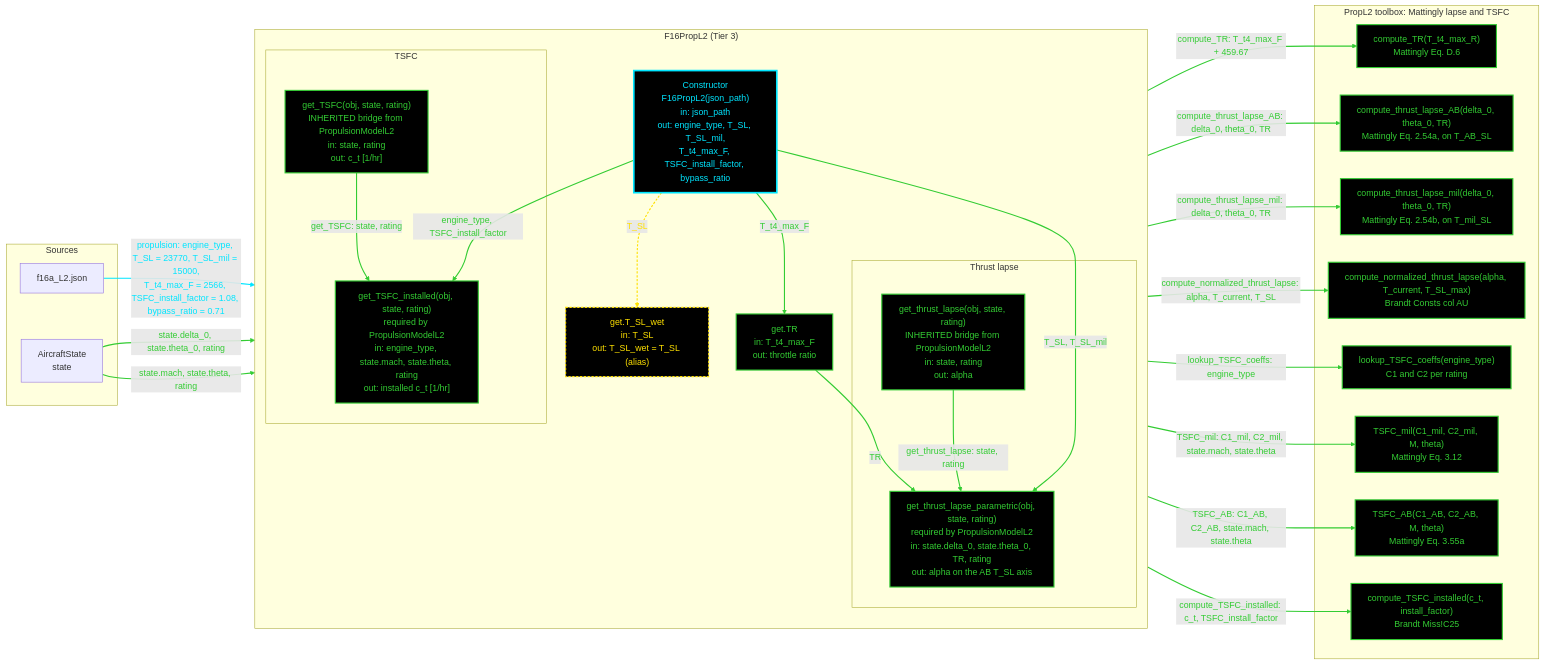
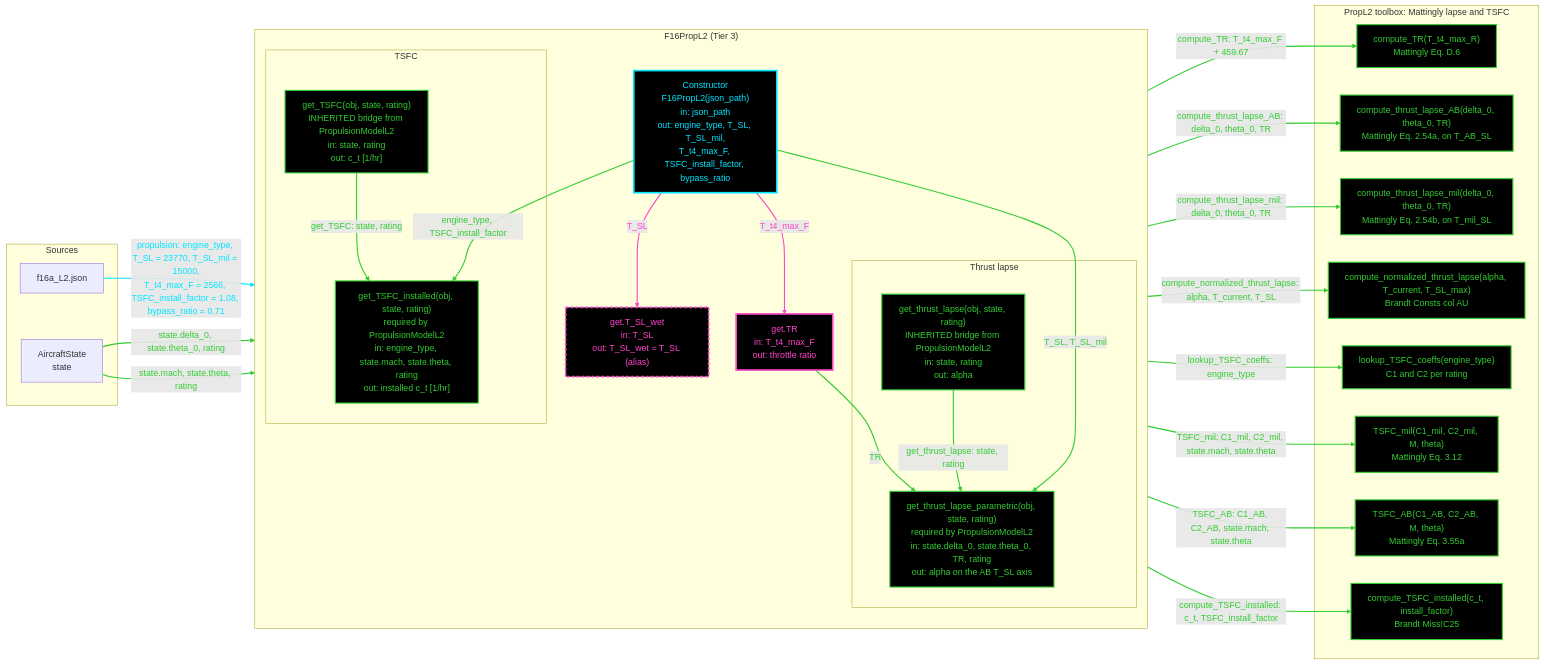
Before and after one commit to Idopt-Lab/air-vehicle-design: the diagram in air_vehicle_design/sizing/docs/Mermaid_Diagrams/Claude-made/Second_Pass/Propulsion/F16APropulsion2_mermaid.md, drawn with Mermaid. The commit also changed other lines of this file and 1 other file, not shown here.

Commit message:
Updated Propulsion Mermaid Diagrams
Updated propulsion mermaid diagrams.

````diff
--- a/air_vehicle_design/sizing/docs/Mermaid_Diagrams/Claude-made/Second_Pass/Propulsion/F16APropulsion2_mermaid.md
+++ b/air_vehicle_design/sizing/docs/Mermaid_Diagrams/Claude-made/Second_Pass/Propulsion/F16APropulsion2_mermaid.md
@@ -41,70 +50,72 @@
 ```mermaid
 flowchart LR
     subgraph SRC["Sources"]
         J["f16a_L2.json"]
         ST["AircraftState<br/>state"]
     end
 
     subgraph CLASS["F16PropL2 (Tier 3)"]
         direction TB
 
         CTOR["Constructor<br/>F16PropL2(json_path)<br/>in: json_path<br/>out: engine_type, T_SL, T_SL_mil,<br/>T_t4_max_F, TSFC_install_factor, bypass_ratio"]
 
         D1["get.T_SL_wet<br/>in: T_SL<br/>out: T_SL_wet = T_SL (alias)"]
         D2["get.TR<br/>in: T_t4_max_F<br/>out: throttle ratio"]
 
         subgraph LAPSE["Thrust lapse"]
             M1["get_thrust_lapse(obj, state, rating)<br/>INHERITED bridge from PropulsionModelL2<br/>in: state, rating<br/>out: alpha"]
             M2["get_thrust_lapse_parametric(obj, state, rating)<br/>required by PropulsionModelL2<br/>in: state.delta_0, state.theta_0, TR, rating<br/>out: alpha on the AB T_SL axis"]
         end
 
         subgraph FUEL["TSFC"]
             M3["get_TSFC(obj, state, rating)<br/>INHERITED bridge from PropulsionModelL2<br/>in: state, rating<br/>out: c_t [1/hr]"]
             M4["get_TSFC_installed(obj, state, rating)<br/>required by PropulsionModelL2<br/>in: engine_type, state.mach, state.theta, rating<br/>out: installed c_t [1/hr]"]
         end
     end
 
     subgraph TOOL["PropL2 toolbox: Mattingly lapse and TSFC"]
         T1["compute_TR(T_t4_max_R)<br/>Mattingly Eq. D.6"]
         T2["compute_thrust_lapse_AB(delta_0, theta_0, TR)<br/>Mattingly Eq. 2.54a, on T_AB_SL"]
         T3["compute_thrust_lapse_mil(delta_0, theta_0, TR)<br/>Mattingly Eq. 2.54b, on T_mil_SL"]
         T4["compute_normalized_thrust_lapse(alpha, T_current, T_SL_max)<br/>Brandt Consts col AU"]
         T5["lookup_TSFC_coeffs(engine_type)<br/>C1 and C2 per rating"]
         T6["TSFC_mil(C1_mil, C2_mil, M, theta)<br/>Mattingly Eq. 3.12"]
         T7["TSFC_AB(C1_AB, C2_AB, M, theta)<br/>Mattingly Eq. 3.55a"]
         T8["compute_TSFC_installed(c_t, install_factor)<br/>Brandt Miss!C25"]
     end
 
     J -->|"propulsion: engine_type, T_SL = 23770, T_SL_mil = 15000,<br/>T_t4_max_F = 2566, TSFC_install_factor = 1.08, bypass_ratio = 0.71"| CTOR
 
     CTOR -->|"T_SL"| D1
     CTOR -->|"T_t4_max_F"| D2
     D2 -->|"compute_TR: T_t4_max_F + 459.67"| T1
 
     CTOR -->|"T_SL, T_SL_mil"| M2
     ST -->|"state.delta_0, state.theta_0, rating"| M2
     D2 -->|"TR"| M2
     CTOR -->|"engine_type, TSFC_install_factor"| M4
     ST -->|"state.mach, state.theta, rating"| M4
     M1 -->|"get_thrust_lapse: state, rating"| M2
     M3 -->|"get_TSFC: state, rating"| M4
 
     M2 -->|"compute_thrust_lapse_AB: delta_0, theta_0, TR"| T2
     M2 -->|"compute_thrust_lapse_mil: delta_0, theta_0, TR"| T3
     M2 -->|"compute_normalized_thrust_lapse: alpha, T_current, T_SL"| T4
     M4 -->|"lookup_TSFC_coeffs: engine_type"| T5
     M4 -->|"TSFC_mil: C1_mil, C2_mil, state.mach, state.theta"| T6
     M4 -->|"TSFC_AB: C1_AB, C2_AB, state.mach, state.theta"| T7
     M4 -->|"compute_TSFC_installed: c_t, TSFC_install_factor"| T8
 
     linkStyle 0 stroke:#00e5ff,color:#00e5ff,stroke-width:2px
-    linkStyle 1 stroke:#ffe100,color:#ffe100,stroke-width:2px,stroke-dasharray:4 3
-    linkStyle 2,3,4,5,6,7,8,9,10,11,12,13,14,15,16,17 stroke:#33cc33,color:#33cc33,stroke-width:2px
+    linkStyle 1,2 stroke:#ff44cc,color:#ff44cc,stroke-width:2px
+    linkStyle 3,4,5,6,7,8,9,10,11,12,13,14,15,16,17 stroke:#33cc33,color:#33cc33,stroke-width:2px
 
-    classDef ctor fill:#000000,stroke:#00e5ff,stroke-width:3px,color:#00e5ff
-    classDef func fill:#000000,stroke:#33cc33,stroke-width:2px,color:#33cc33
-    classDef passthrough fill:#000000,stroke:#ffe100,stroke-width:2px,color:#ffe100,stroke-dasharray: 4 3
-    class CTOR ctor
-    class D2,M1,M2,M3,M4,T1,T2,T3,T4,T5,T6,T7,T8 func
-    class D1 passthrough
+    classDef ctorWork fill:#000000,stroke:#00e5ff,stroke-width:3px,color:#00e5ff
+    classDef funcWork fill:#000000,stroke:#33cc33,stroke-width:2px,color:#33cc33
+    classDef injectorWork fill:#000000,stroke:#ff44cc,stroke-width:3px,color:#ff44cc
+    classDef injectorRelay fill:#000000,stroke:#ff44cc,stroke-width:3px,color:#ff44cc,stroke-dasharray: 5 4
+    class CTOR ctorWork
+    class M1,M2,M3,M4,T1,T2,T3,T4,T5,T6,T7,T8 funcWork
+    class D2 injectorWork
+    class D1 injectorRelay
 ```
````
